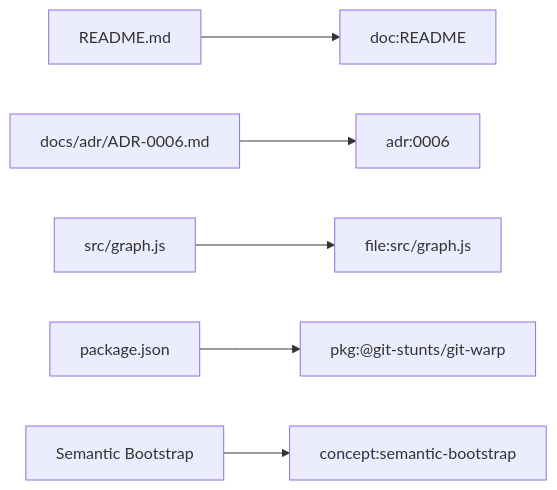
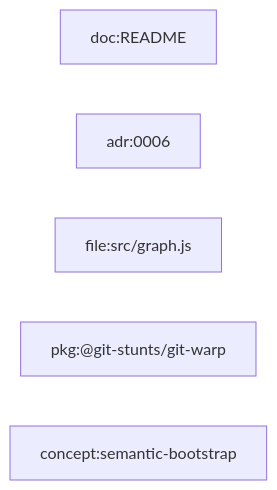
The diagram in docs/design/feature-profiles/entity-extraction.md (flyingrobots/git-mind), drawn with Mermaid before and after one commit. The commit also changed other lines of this file and 9 other files, not shown here.

Commit message:
docs: address graph model review findings (#322)

````diff
--- a/docs/design/feature-profiles/entity-extraction.md
+++ b/docs/design/feature-profiles/entity-extraction.md
@@ -76,8 +77,8 @@
 ```mermaid
 flowchart LR
-    PathA["README.md"] --> Readme["doc:README"]
-    PathB["docs/adr/ADR-0006.md"] --> Adr["adr:0006"]
-    PathC["src/graph.js"] --> File["file:src/graph.js"]
-    PackageJson["package.json"] --> Package["pkg:@git-stunts/git-warp"]
-    Heading["Semantic Bootstrap"] --> Concept["concept:semantic-bootstrap"]
+    Readme["doc:README"]
+    Adr["adr:0006"]
+    File["file:src/graph.js"]
+    Package["pkg:@git-stunts/git-warp"]
+    Concept["concept:semantic-bootstrap"]
 ```
````
